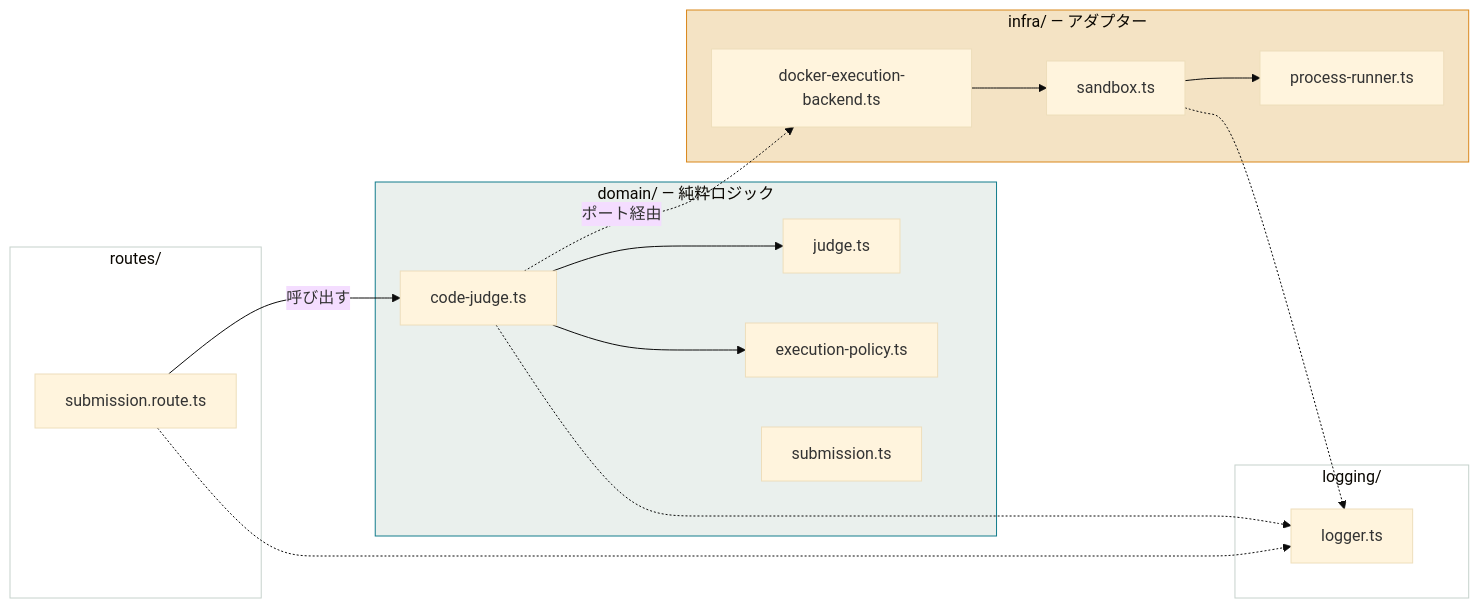
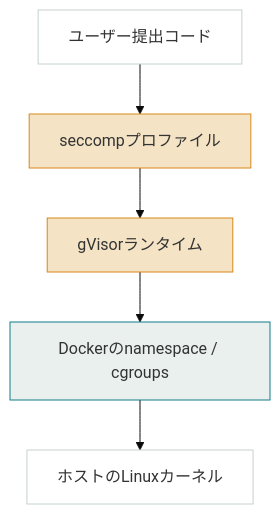
One commit to shouk12345/Web-Code-Runner changed the third of 3 diagrams in src/README.md. Above: the diagram before and after it, drawn with Mermaid (base theme). The commit also changed other lines of this file and 1 other file, not shown here.

````diff
--- a/src/README.md
+++ b/src/README.md
@@ -11,35 +84,13 @@
 ```mermaid
-flowchart LR
-    subgraph routes["routes/"]
-        R[submission.route.ts]
-    end
-    subgraph domain["domain/ — 純粋ロジック"]
-        CJ[code-judge.ts]
-        J[judge.ts]
-        EP[execution-policy.ts]
-        S[submission.ts]
-    end
-    subgraph infra["infra/ — アダプター"]
-        DEB[docker-execution-backend.ts]
-        SB[sandbox.ts]
-        PR[process-runner.ts]
-    end
-    subgraph logging["logging/"]
-        L[logger.ts]
-    end
- 
-    R -->|呼び出す| CJ
-    CJ --> J
-    CJ --> EP
-    CJ -.->|ポート経由| DEB
-    DEB --> SB
-    SB --> PR
-    R -.-> L
-    CJ -.-> L
-    SB -.-> L
- 
-    style domain fill:#EAF0ED,stroke:#127C8C
-    style infra fill:#F4E3C4,stroke:#D9871B
-    style routes fill:#fff,stroke:#C6D2CC
-    style logging fill:#fff,stroke:#C6D2CC
+flowchart TD
+    A[ユーザー提出コード] --> B[seccompプロファイル]
+    B --> C[gVisorランタイム]
+    C --> D[Dockerのnamespace / cgroups]
+    D --> E[ホストのLinuxカーネル]
+
+    style A fill:#fff,stroke:#C6D2CC
+    style B fill:#F4E3C4,stroke:#D9871B
+    style C fill:#F4E3C4,stroke:#D9871B
+    style D fill:#EAF0ED,stroke:#127C8C
+    style E fill:#fff,stroke:#C6D2CC
 ```
````
